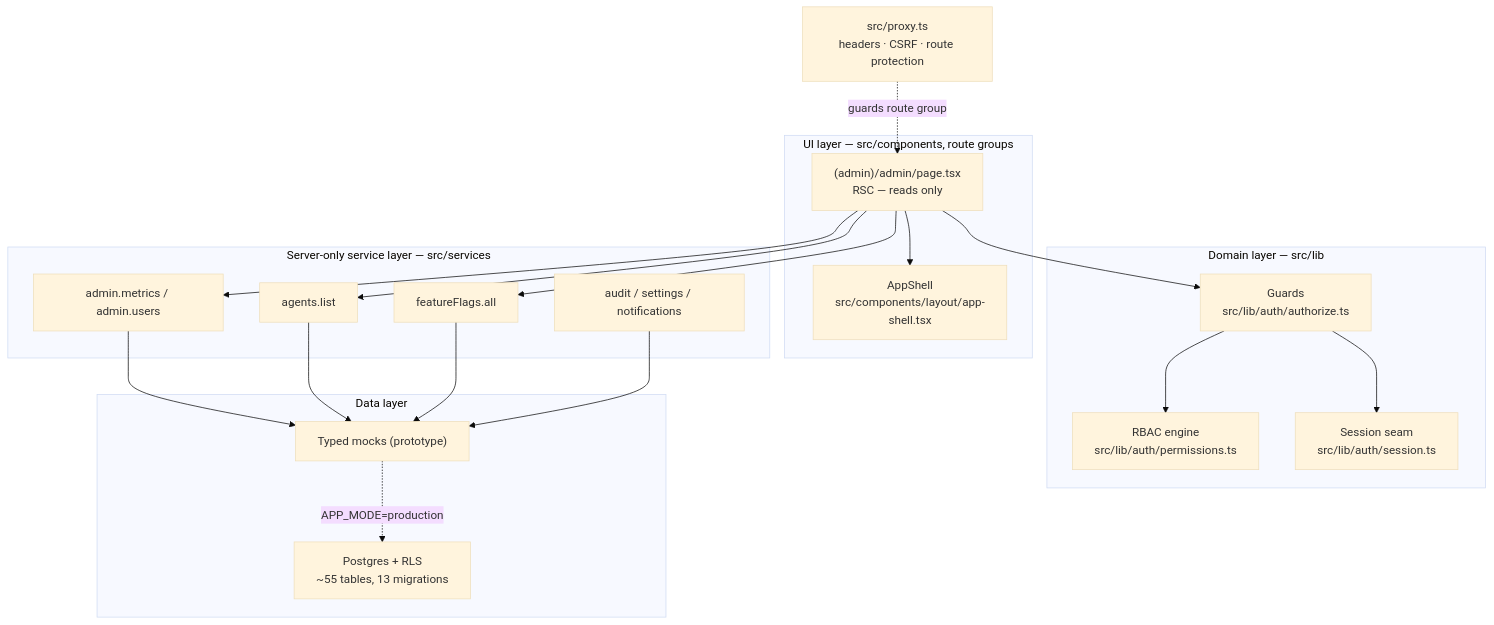
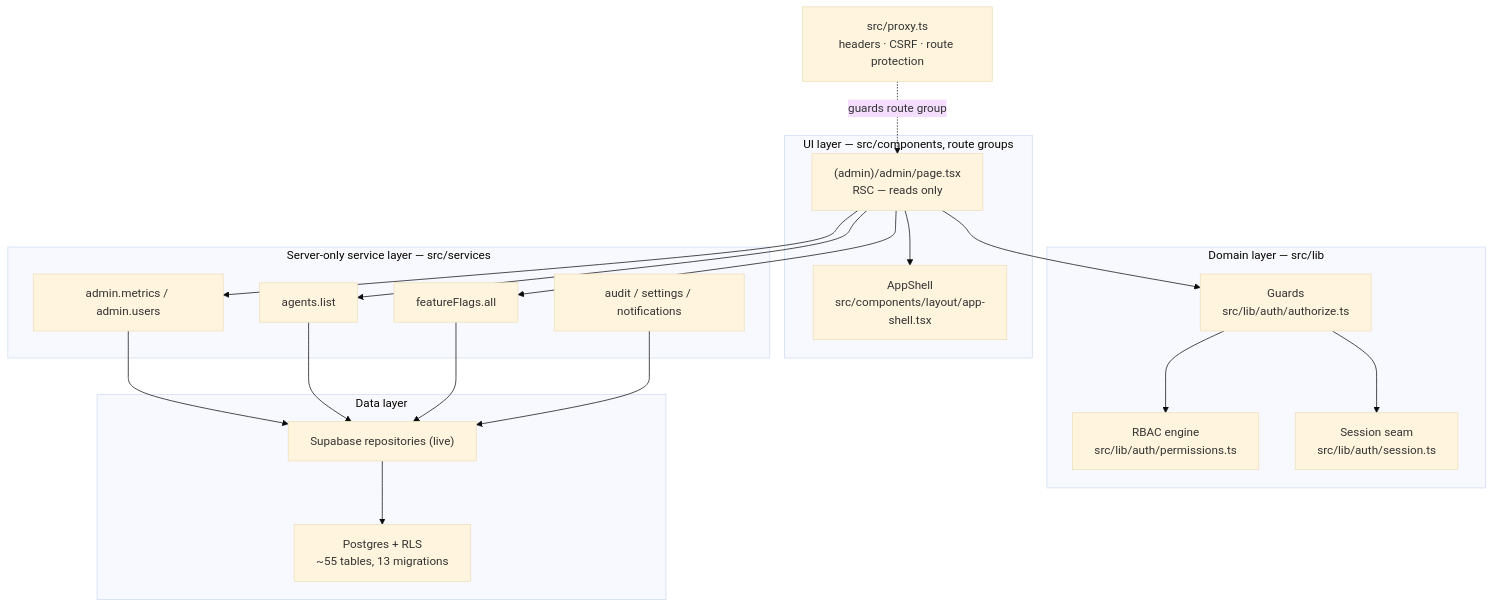
One commit to jayjay77uk/Juice-doctor changed the first of 3 diagrams in docs/architecture/09-admin-foundation.md. Above: the diagram before and after it, drawn with Mermaid (base theme). The commit also changed other lines of this file and 84 other files, not shown here.

````diff
--- a/docs/architecture/09-admin-foundation.md
+++ b/docs/architecture/09-admin-foundation.md
@@ -13,31 +15,31 @@
 ```mermaid
 flowchart TD
   subgraph UI["UI layer — src/components, route groups"]
     Shell["AppShell\nsrc/components/layout/app-shell.tsx"]
     AdminPage["(admin)/admin/page.tsx\nRSC — reads only"]
   end
   subgraph Domain["Domain layer — src/lib"]
     Authz["Guards\nsrc/lib/auth/authorize.ts"]
     Engine["RBAC engine\nsrc/lib/auth/permissions.ts"]
     Session["Session seam\nsrc/lib/auth/session.ts"]
   end
   subgraph Services["Server-only service layer — src/services"]
     AdminSvc["admin.metrics / admin.users"]
     AgentsSvc["agents.list"]
     FlagsSvc["featureFlags.all"]
     PlatformSvc["audit / settings / notifications"]
   end
   subgraph Data["Data layer"]
-    Mock["Typed mocks (prototype)"]
+    Mock["Supabase repositories (live)"]
     DB["Postgres + RLS\n~55 tables, 13 migrations"]
   end
 
   Proxy["src/proxy.ts\nheaders · CSRF · route protection"] -.->|guards route group| AdminPage
   AdminPage --> Shell
   AdminPage --> Authz
   Authz --> Engine
   Authz --> Session
   AdminPage --> AdminSvc & AgentsSvc & FlagsSvc
   AdminSvc & AgentsSvc & FlagsSvc & PlatformSvc --> Mock
-  Mock -. "APP_MODE=production" .-> DB
+  Mock --> DB
 ```
````
